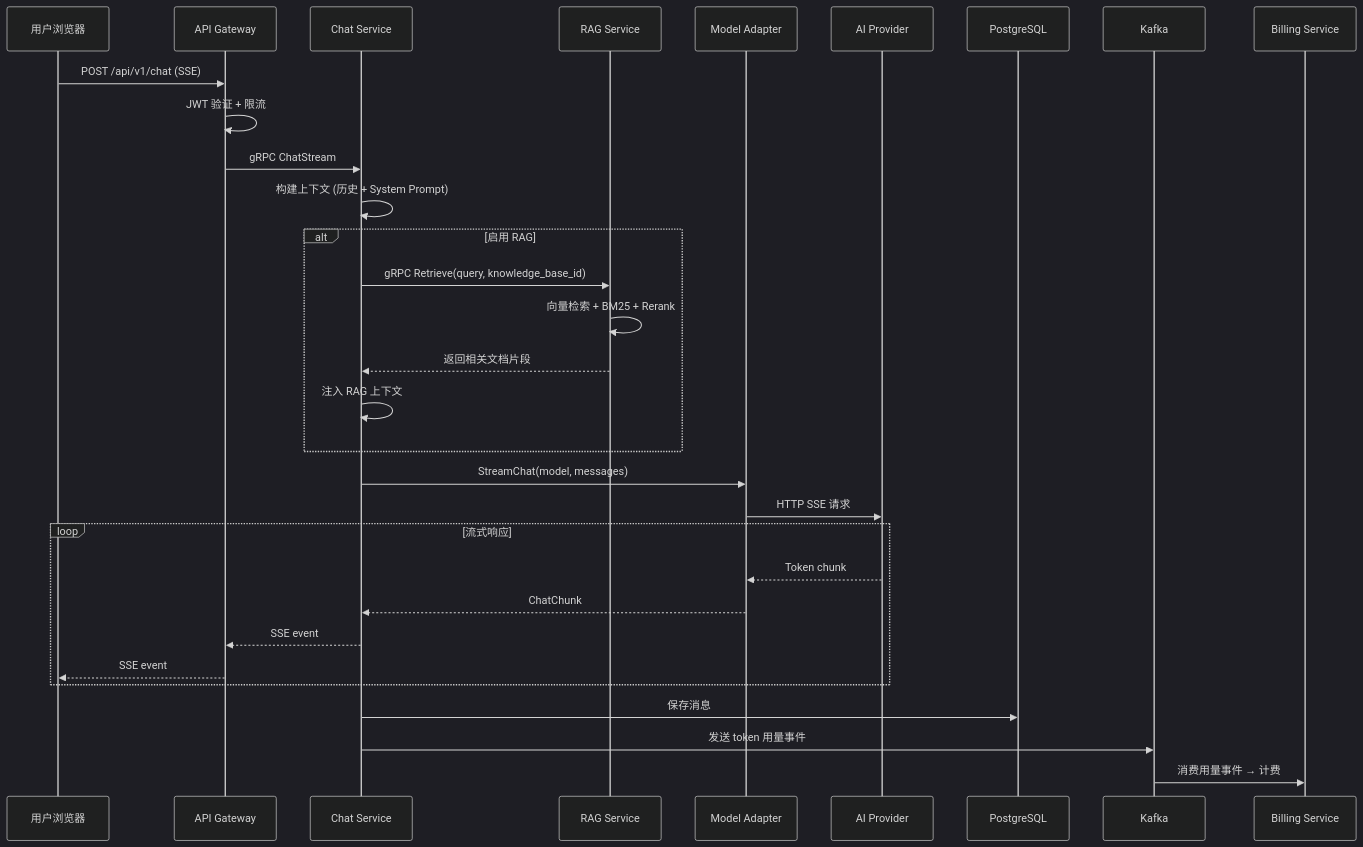
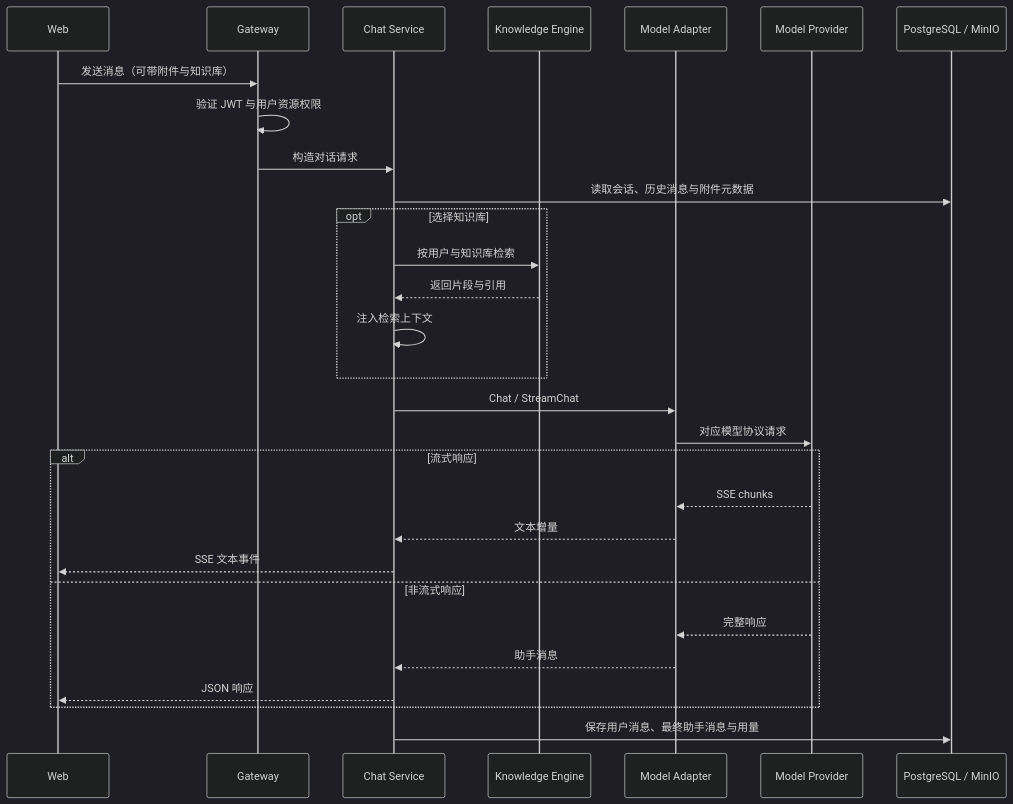
Before and after one commit to m2lan/omnidev: the second of 3 diagrams in docs/architecture/05-SYSTEM-ARCHITECTURE.md, drawn with Mermaid (dark theme). The commit also changed other lines of this file and 260 other files, not shown here.

First line of the commit message:
refactor: focus platform on chat knowledge and agents

````diff
--- a/docs/architecture/05-SYSTEM-ARCHITECTURE.md
+++ b/docs/architecture/05-SYSTEM-ARCHITECTURE.md
@@ -275,39 +85,32 @@
 ```mermaid
 sequenceDiagram
-    participant U as 用户浏览器
-    participant GW as API Gateway
-    participant CS as Chat Service
-    participant RS as RAG Service
-    participant MA as Model Adapter
-    participant AI as AI Provider
-    participant DB as PostgreSQL
-    participant K as Kafka
-    participant BS as Billing Service
+    participant U as Web
+    participant G as Gateway
+    participant C as Chat Service
+    participant K as Knowledge Engine
+    participant M as Model Adapter
+    participant P as Model Provider
+    participant D as PostgreSQL / MinIO
 
-    U->>GW: POST /api/v1/chat (SSE)
-    GW->>GW: JWT 验证 + 限流
-    GW->>CS: gRPC ChatStream
-
-    CS->>CS: 构建上下文 (历史 + System Prompt)
-
-    alt 启用 RAG
-        CS->>RS: gRPC Retrieve(query, knowledge_base_id)
-        RS->>RS: 向量检索 + BM25 + Rerank
-        RS-->>CS: 返回相关文档片段
-        CS->>CS: 注入 RAG 上下文
+    U->>G: 发送消息（可带附件与知识库）
+    G->>G: 验证 JWT 与用户资源权限
+    G->>C: 构造对话请求
+    C->>D: 读取会话、历史消息与附件元数据
+    opt 选择知识库
+        C->>K: 按用户与知识库检索
+        K-->>C: 返回片段与引用
+        C->>C: 注入检索上下文
     end
-
-    CS->>MA: StreamChat(model, messages)
-    MA->>AI: HTTP SSE 请求
-
-    loop 流式响应
-        AI-->>MA: Token chunk
-        MA-->>CS: ChatChunk
-        CS-->>GW: SSE event
-        GW-->>U: SSE event
+    C->>M: Chat / StreamChat
+    M->>P: 对应模型协议请求
+    alt 流式响应
+        P-->>M: SSE chunks
+        M-->>C: 文本增量
+        C-->>U: SSE 文本事件
+    else 非流式响应
+        P-->>M: 完整响应
+        M-->>C: 助手消息
+        C-->>U: JSON 响应
     end
-
-    CS->>DB: 保存消息
-    CS->>K: 发送 token 用量事件
-    K->>BS: 消费用量事件 → 计费
+    C->>D: 保存用户消息、最终助手消息与用量
 ```
````
